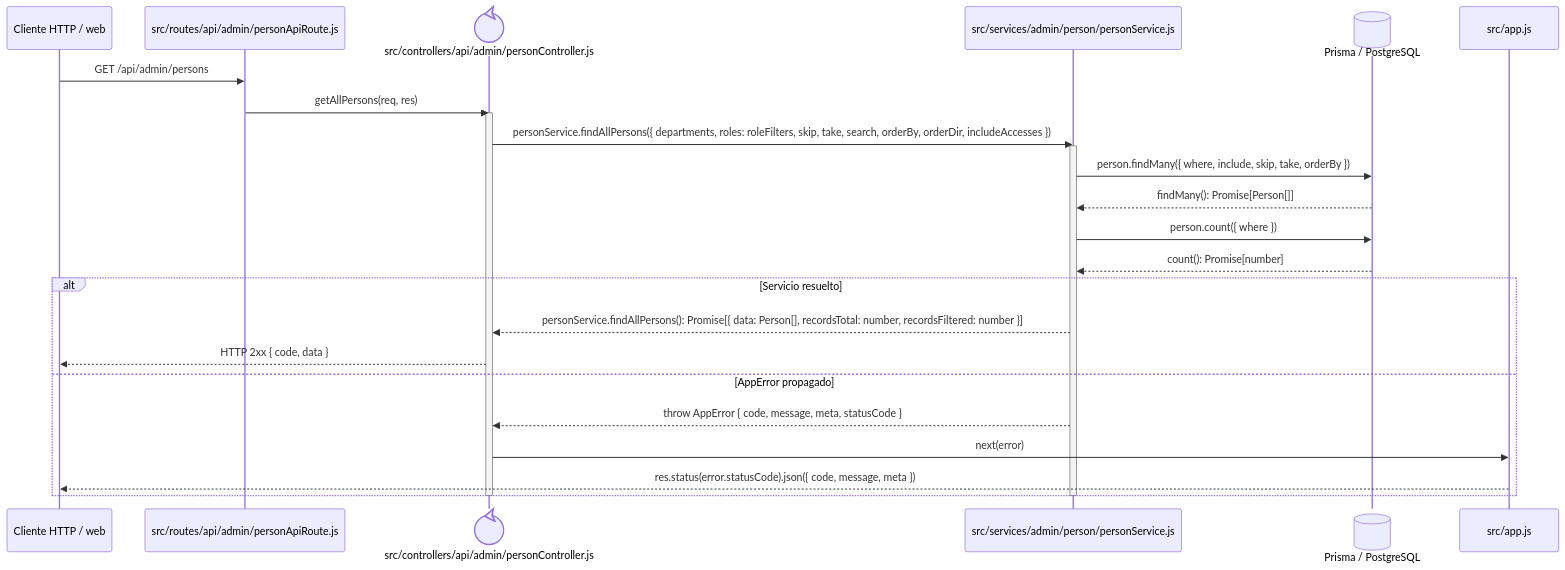
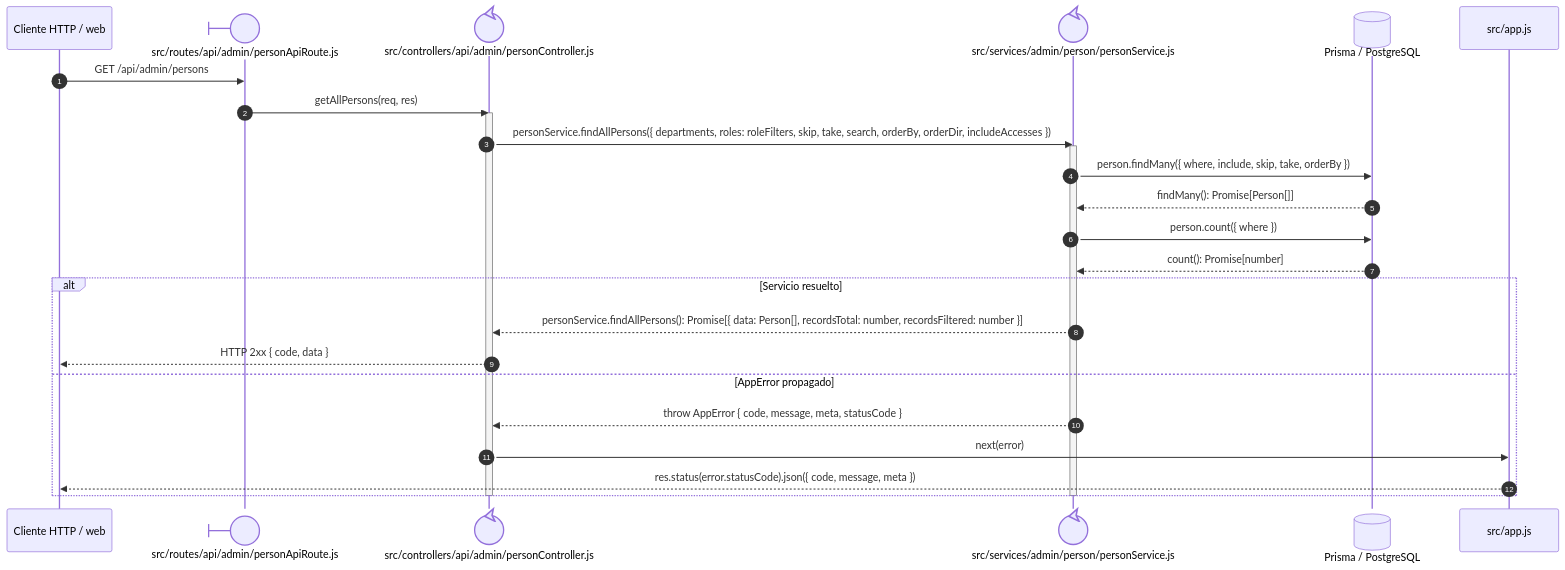
Before and after one commit to gpgsistemas01/nexus: the diagram in docs/architecture/views/processes/backend-code-sequences/identity-access/cu-ida-01.md, drawn with Mermaid. The commit also changed 198 other files, not shown here.

Commit message:
docs: mejorar notación UML y distribución de diagramas Mermaid

````diff
--- a/docs/architecture/views/processes/backend-code-sequences/identity-access/cu-ida-01.md
+++ b/docs/architecture/views/processes/backend-code-sequences/identity-access/cu-ida-01.md
@@ -6,29 +6,30 @@
 ```mermaid
 sequenceDiagram
+    autonumber
     participant Client as Cliente HTTP / web
-    participant Route as src/routes/api/admin/personApiRoute.js
+    participant Route@{ "type": "boundary" } as src/routes/api/admin/personApiRoute.js
     participant Controller@{ "type": "control" } as src/controllers/api/admin/personController.js
-    participant Domain as src/services/admin/person/personService.js
+    participant Domain@{ "type": "control" } as src/services/admin/person/personService.js
     participant Prisma@{ "type": "database" } as Prisma / PostgreSQL
     participant ErrorHandler as src/app.js
 
     Client->>Route: GET /api/admin/persons
     Route->>Controller: getAllPersons(req, res)
     activate Controller
     Controller->>Domain: personService.findAllPersons({ departments, roles: roleFilters, skip, take, search, orderBy, orderDir, includeAccesses })
     activate Domain
     Domain->>Prisma: person.findMany({ where, include, skip, take, orderBy })
     Prisma-->>Domain: findMany(): Promise[Person[]]
     Domain->>Prisma: person.count({ where })
     Prisma-->>Domain: count(): Promise[number]
     alt Servicio resuelto
         Domain-->>Controller: personService.findAllPersons(): Promise[{ data: Person[], recordsTotal: number, recordsFiltered: number }]
         Controller-->>Client: HTTP 2xx { code, data }
     else AppError propagado
         Domain-->>Controller: throw AppError { code, message, meta, statusCode }
         Controller->>ErrorHandler: next(error)
         ErrorHandler-->>Client: res.status(error.statusCode).json({ code, message, meta })
     end
     deactivate Domain
     deactivate Controller
 ```
````
